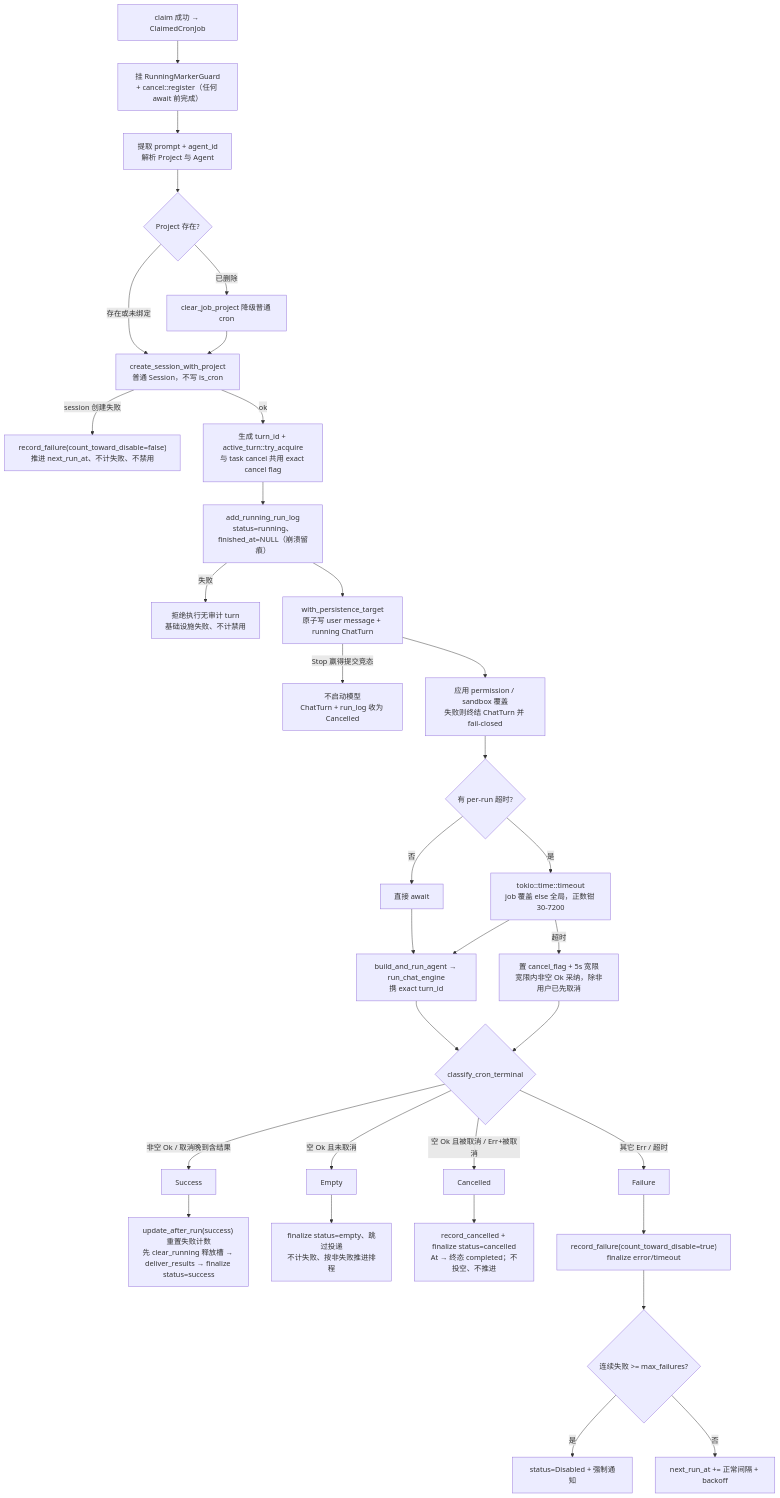
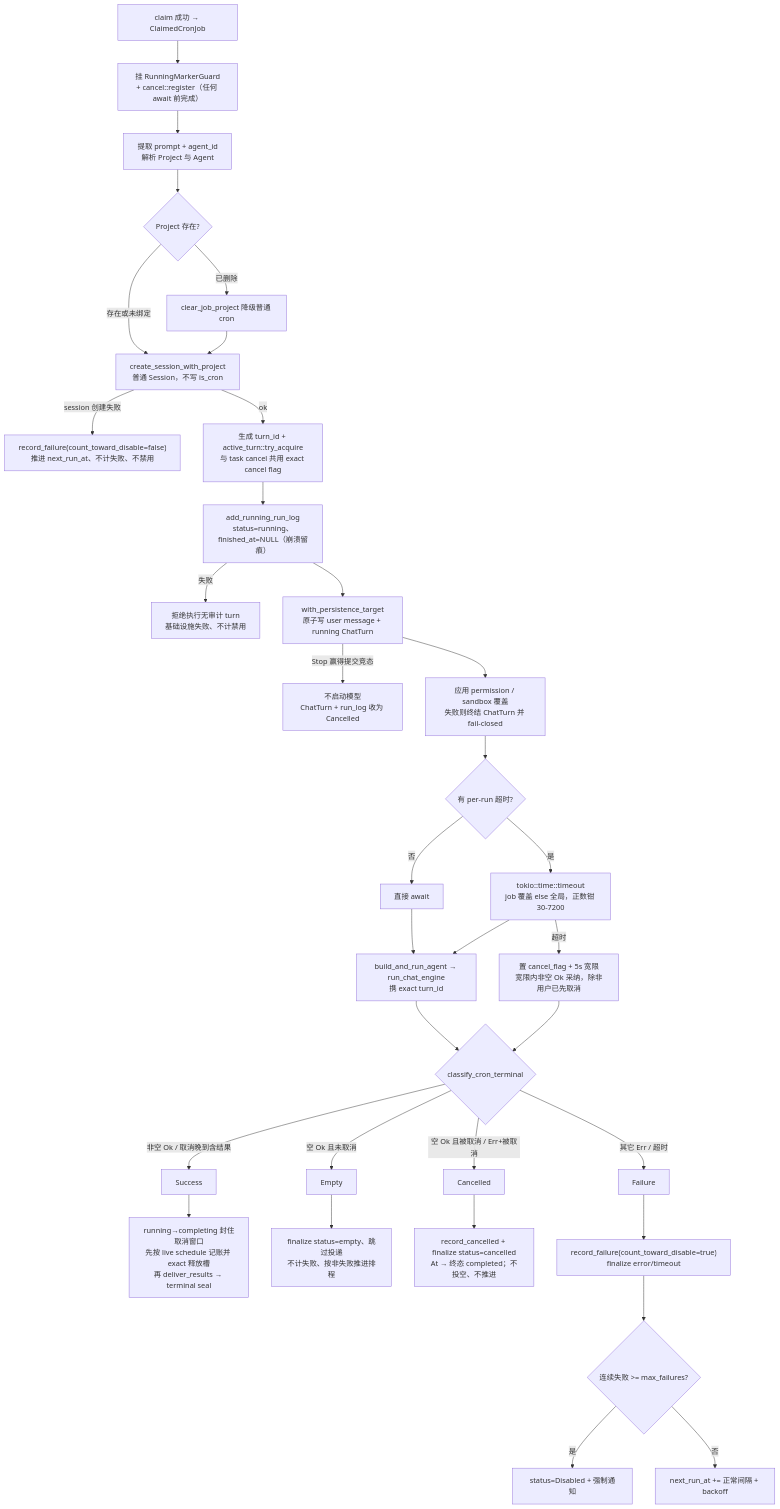
The fourth of 5 diagrams in docs/architecture/infra/cron.md (shiwenwen/hope-agent), drawn with Mermaid before and after one commit. The commit also changed other lines of this file and 75 other files, not shown here.

````diff
--- a/docs/architecture/infra/cron.md
+++ b/docs/architecture/infra/cron.md
@@ -340,34 +345,34 @@
 ```mermaid
 flowchart TD
     A[claim 成功 → ClaimedCronJob] --> RG["挂 RunningMarkerGuard<br/>+ cancel::register（任何 await 前完成）"]
     RG --> C["提取 prompt + agent_id<br/>解析 Project 与 Agent"]
     C --> C2{Project 存在?}
     C2 -->|存在或未绑定| D["create_session_with_project<br/>普通 Session，不写 is_cron"]
     C2 -->|已删除| C3["clear_job_project 降级普通 cron"] --> D
     D -->|session 创建失败| INF["record_failure(count_toward_disable=false)<br/>推进 next_run_at、不计失败、不禁用"]
     D -->|ok| AT["生成 turn_id + active_turn::try_acquire<br/>与 task cancel 共用 exact cancel flag"]
     AT --> DR["add_running_run_log<br/>status=running、finished_at=NULL（崩溃留痕）"]
     DR -->|失败| INF2["拒绝执行无审计 turn<br/>基础设施失败、不计禁用"]
     DR --> PC["with_persistence_target<br/>原子写 user message + running ChatTurn"]
     PC -->|Stop 赢得提交竞态| CAN0["不启动模型<br/>ChatTurn + run_log 收为 Cancelled"]
     PC --> PRE["应用 permission / sandbox 覆盖<br/>失败则终结 ChatTurn 并 fail-closed"]
     PRE --> E{有 per-run 超时?}
     E -->|否| ER[直接 await]
     E -->|是| ET["tokio::time::timeout<br/>job 覆盖 else 全局，正数钳 30-7200"]
     ER --> F["build_and_run_agent → run_chat_engine<br/>携 exact turn_id"]
     ET --> F
     F --> CT{classify_cron_terminal}
     ET -->|超时| TO["置 cancel_flag + 5s 宽限<br/>宽限内非空 Ok 采纳，除非用户已先取消"] --> CT
 
     CT -->|非空 Ok / 取消晚到含结果| SUC[Success]
     CT -->|空 Ok 且未取消| EMP[Empty]
     CT -->|空 Ok 且被取消 / Err+被取消| CAN[Cancelled]
     CT -->|其它 Err / 超时| FAIL[Failure]
 
-    SUC --> S1["update_after_run(success) 重置失败计数<br/>先 clear_running 释放槽 → deliver_results → finalize status=success"]
+    SUC --> S1["running→completing 封住取消窗口<br/>先按 live schedule 记账并 exact 释放槽<br/>再 deliver_results → terminal seal"]
     EMP --> EM1["finalize status=empty、跳过投递<br/>不计失败、按非失败推进排程"]
     CAN --> CN1["record_cancelled + finalize status=cancelled<br/>At → 终态 completed；不投空、不推进"]
     FAIL --> W["record_failure(count_toward_disable=true)<br/>finalize error/timeout"] --> Z{连续失败 >= max_failures?}
     Z -->|是| Z1["status=Disabled + 强制通知"]
     Z -->|否| Z2["next_run_at += 正常间隔 + backoff"]
 ```
````
